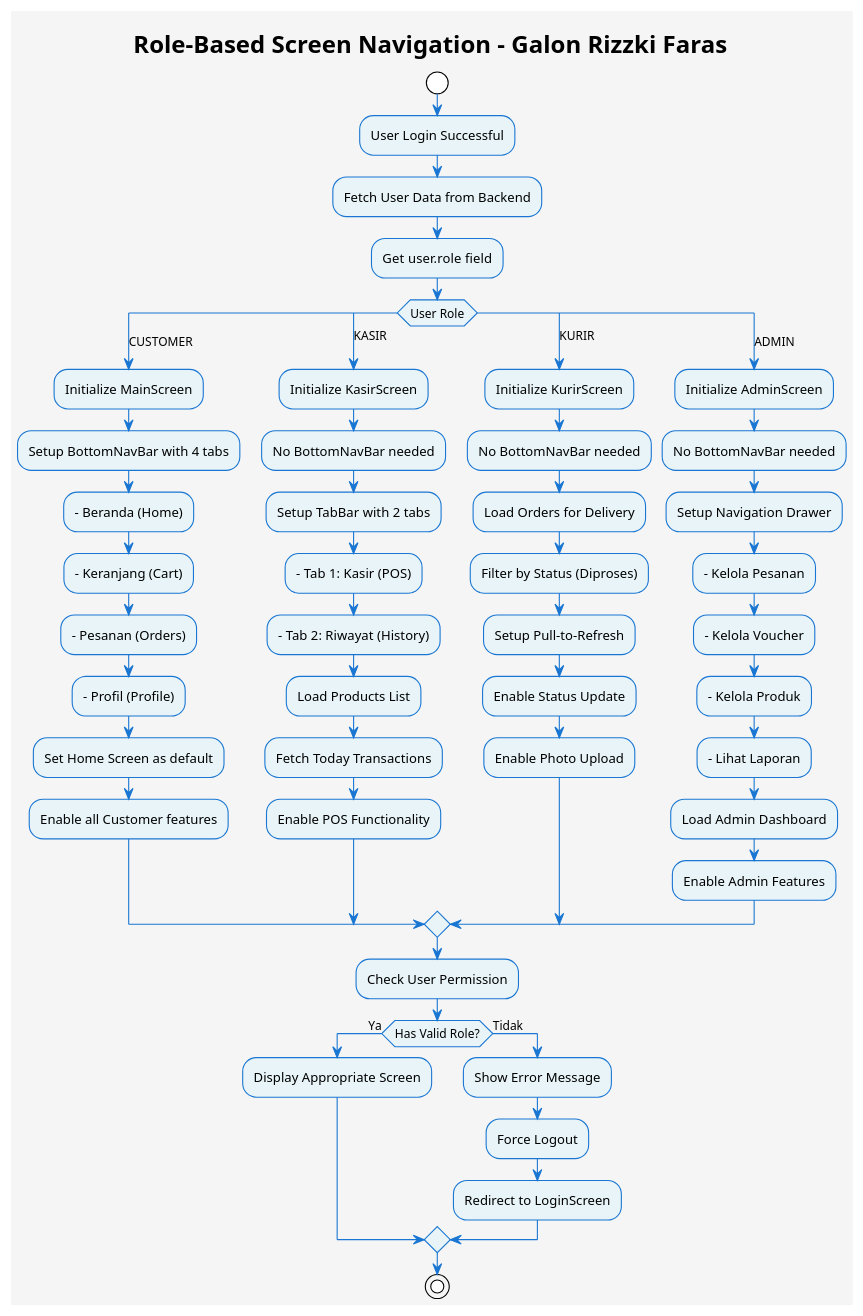
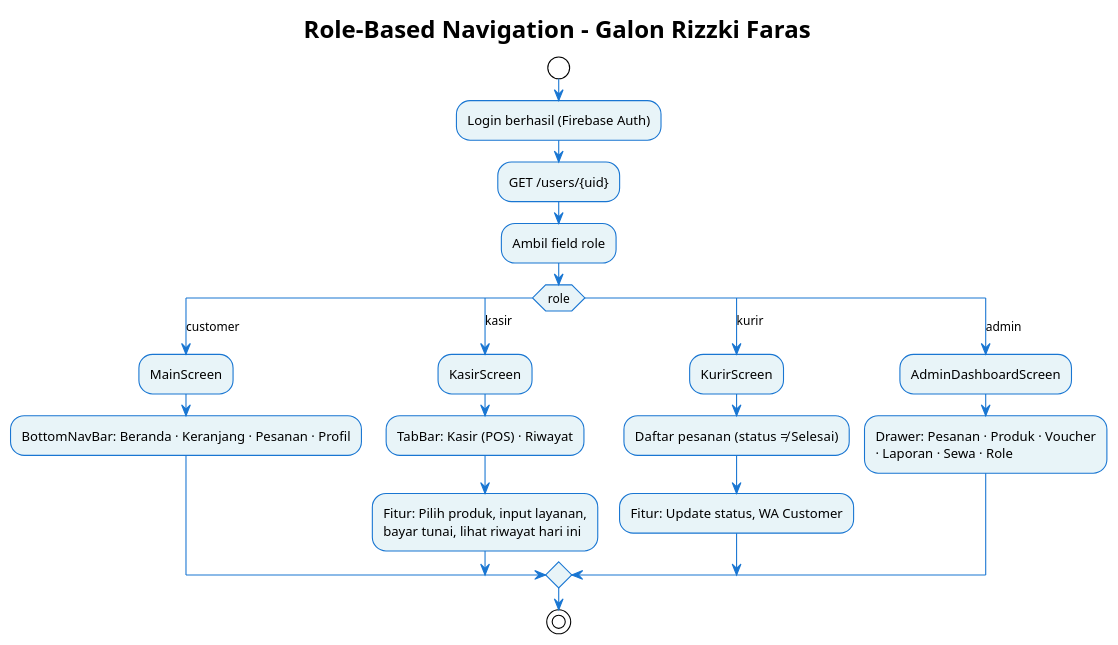
Before and after one commit to IlhamMaulana13/Project3-SitemApkOrderGalon: the diagram in diagrams/12_role_based_navigation.puml, drawn with PlantUML. The commit also changed 47 other files, not shown here.

First line of the commit message:
feat(diagrams): add activity and class diagrams for kasir and backend structures

```diff
--- a/diagrams/12_role_based_navigation.puml
+++ b/diagrams/12_role_based_navigation.puml
@@ -1,67 +1,34 @@
 @startuml Role_Based_Navigation
 !theme plain
-title Role-Based Screen Navigation - Galon Rizzki Faras
-skinparam backgroundColor #f5f5f5
+title Role-Based Navigation - Galon Rizzki Faras
 skinparam ArrowColor #1976D2
 skinparam ActivityBackgroundColor #E8F4F8
 skinparam ActivityBorderColor #1976D2
 
 start
-:User Login Successful;
-:Fetch User Data from Backend;
-:Get user.role field;
+:Login berhasil (Firebase Auth);
+:GET /users/{uid};
+:Ambil field role;
 
-switch (User Role)
-    case (CUSTOMER)
-        :Initialize MainScreen;
-        :Setup BottomNavBar with 4 tabs;
-        :- Beranda (Home);
-        :- Keranjang (Cart);
-        :- Pesanan (Orders);
-        :- Profil (Profile);
-        :Set Home Screen as default;
-        :Enable all Customer features;
-        
-    case (KASIR)
-        :Initialize KasirScreen;
-        :No BottomNavBar needed;
-        :Setup TabBar with 2 tabs;
-        :- Tab 1: Kasir (POS);
-        :- Tab 2: Riwayat (History);
-        :Load Products List;
-        :Fetch Today Transactions;
-        :Enable POS Functionality;
-        
-    case (KURIR)
-        :Initialize KurirScreen;
-        :No BottomNavBar needed;
-        :Load Orders for Delivery;
-        :Filter by Status (Diproses);
-        :Setup Pull-to-Refresh;
-        :Enable Status Update;
-        :Enable Photo Upload;
-        
-    case (ADMIN)
-        :Initialize AdminScreen;
-        :No BottomNavBar needed;
-        :Setup Navigation Drawer;
-        :- Kelola Pesanan;
-        :- Kelola Voucher;
-        :- Kelola Produk;
-        :- Lihat Laporan;
-        :Load Admin Dashboard;
-        :Enable Admin Features;
-        
+switch (role)
+case (customer)
+    :MainScreen;
+    :BottomNavBar: Beranda · Keranjang · Pesanan · Profil;
+
+case (kasir)
+    :KasirScreen;
+    :TabBar: Kasir (POS) · Riwayat;
+    :Fitur: Pilih produk, input layanan,\nbayar tunai, lihat riwayat hari ini;
+
+case (kurir)
+    :KurirScreen;
+    :Daftar pesanan (status ≠ Selesai);
+    :Fitur: Update status, WA Customer;
+
+case (admin)
+    :AdminDashboardScreen;
+    :Drawer: Pesanan · Produk · Voucher\n· Laporan · Sewa · Role;
 endswitch
-
-:Check User Permission;
-if (Has Valid Role?) then (Ya)
-    :Display Appropriate Screen;
-else (Tidak)
-    :Show Error Message;
-    :Force Logout;
-    :Redirect to LoginScreen;
-endif
 
 stop
 @enduml
```
